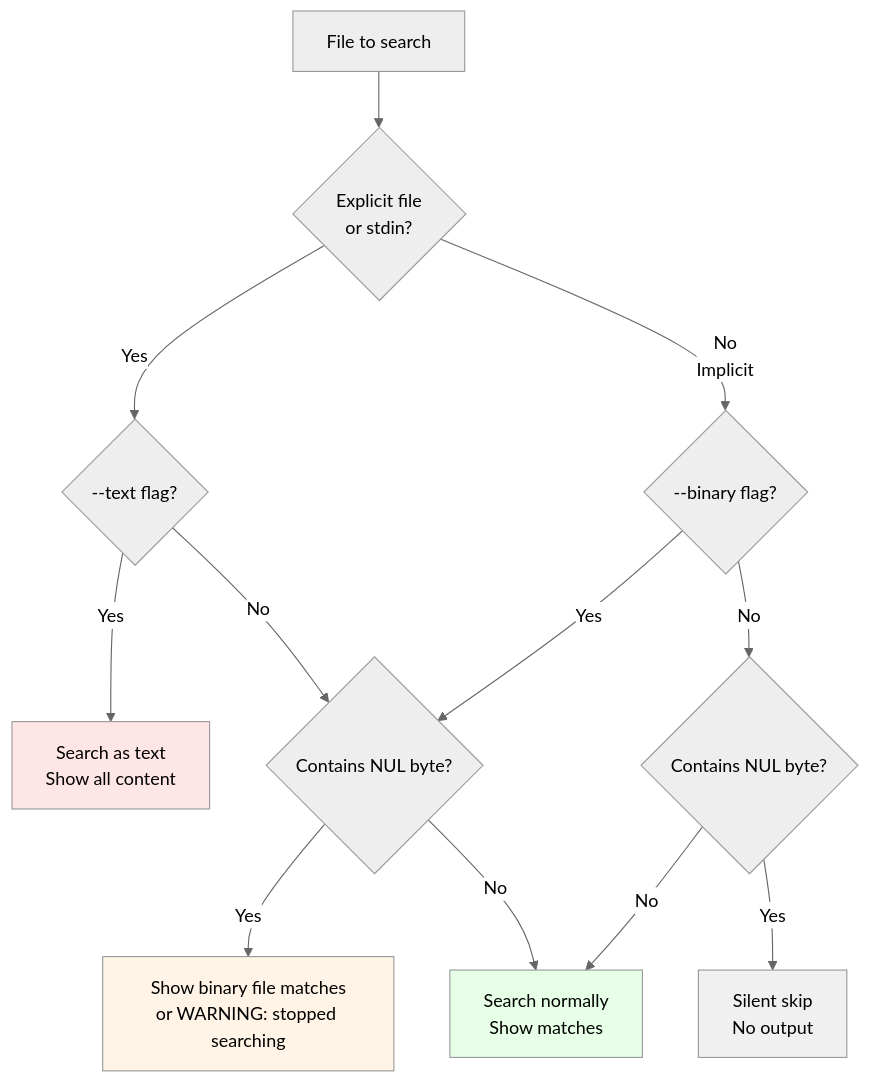
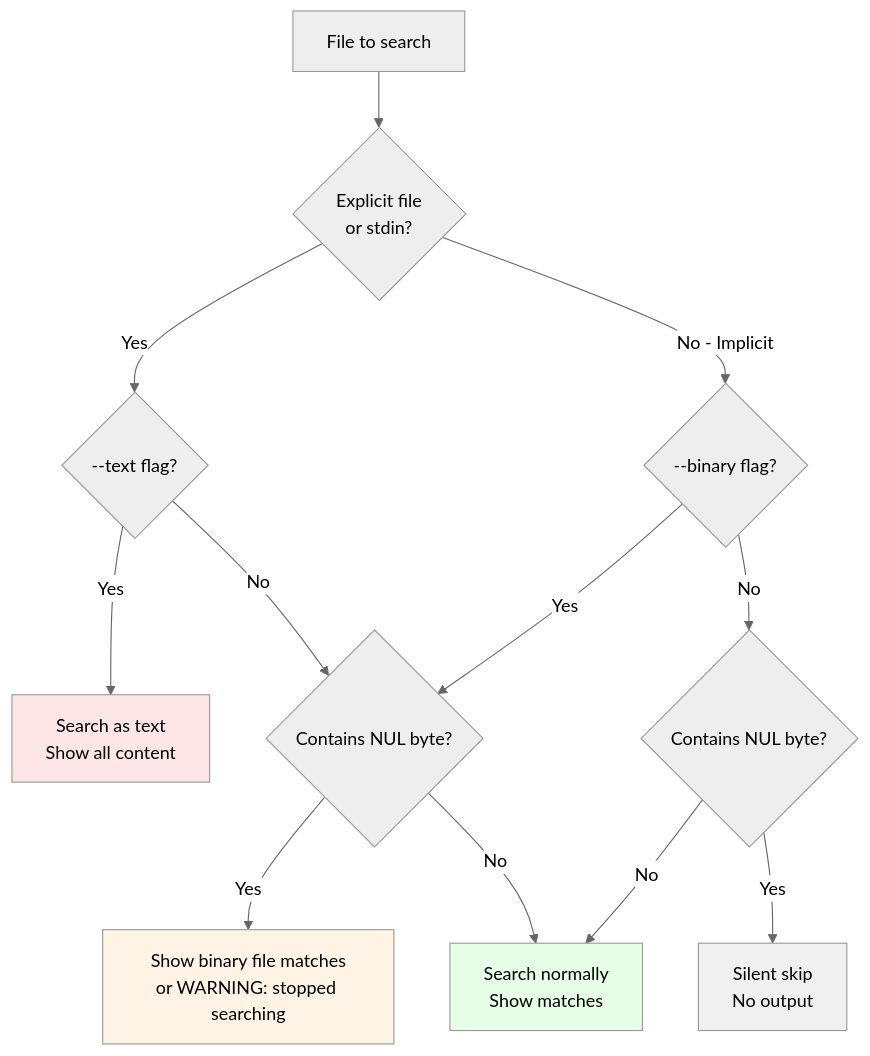
One commit to iepathos/ripgrep changed the first of 2 diagrams in docs/binary-data/examples.md. Above: the diagram before and after it, drawn with Mermaid (neutral theme). The commit also changed other lines of this file and 10 other files, not shown here.

First line of the commit message:
fix: replace all <br/> tags with proper multi-line syntax in Mermaid diagrams

````diff
--- a/docs/binary-data/examples.md
+++ b/docs/binary-data/examples.md
@@ -29,23 +29,28 @@
 ```mermaid
 flowchart TD
-    A[File to search] --> B{"Explicit file<br/>or stdin?"}
+    A[File to search] --> B{"Explicit file
+or stdin?"}
     B -->|Yes| C{--text flag?}
-    B -->|No<br/>Implicit| D{--binary flag?}
+    B -->|No - Implicit| D{--binary flag?}
 
-    C -->|Yes| E["Search as text<br/>Show all content"]
+    C -->|Yes| E["Search as text
+Show all content"]
     C -->|No| F{Contains NUL byte?}
 
     D -->|Yes| F
     D -->|No| G{Contains NUL byte?}
 
-    F -->|Yes| H["Show binary file matches<br/>or WARNING: stopped searching"]
-    F -->|No| I["Search normally<br/>Show matches"]
+    F -->|Yes| H["Show binary file matches
+or WARNING: stopped searching"]
+    F -->|No| I["Search normally
+Show matches"]
 
-    G -->|Yes| J["Silent skip<br/>No output"]
+    G -->|Yes| J["Silent skip
+No output"]
     G -->|No| I
 
     style E fill:#ffe6e6
     style H fill:#fff4e6
     style I fill:#e6ffe6
     style J fill:#f0f0f0
 ```
````
